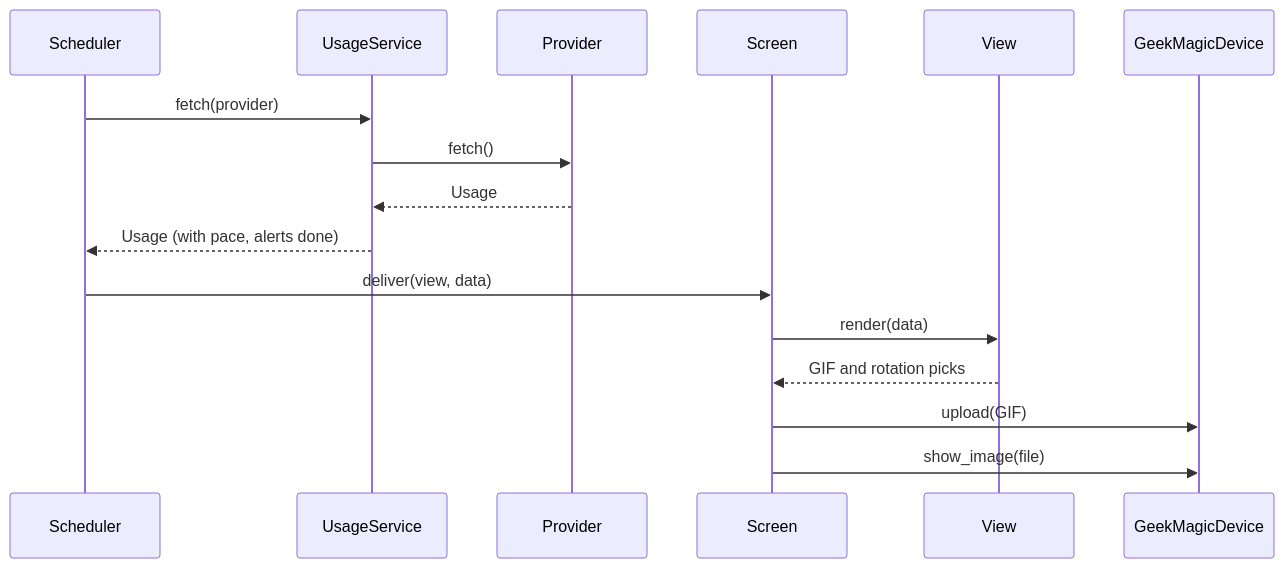
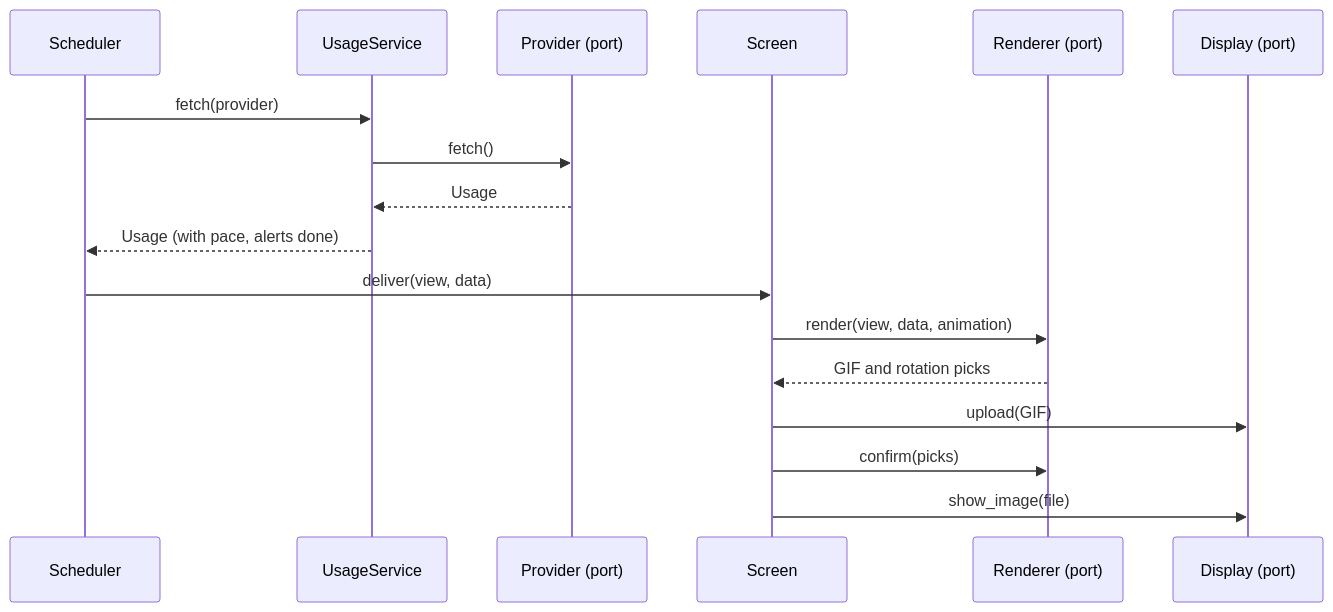
The third of 3 diagrams in ARCHITECTURE.md (Cristian-Infante/geekmagic-claude-usage), drawn with Mermaid before and after one commit. The commit also changed other lines of this file and 203 other files, not shown here.

First line of the commit message:
refactor: Hexagonal architecture (ports and adapters) with an enforced dependency rule

````diff
--- a/ARCHITECTURE.md
+++ b/ARCHITECTURE.md
@@ -111,18 +97,19 @@
 ```mermaid
 sequenceDiagram
     participant S as Scheduler
     participant U as UsageService
-    participant P as Provider
+    participant P as Provider (port)
     participant C as Screen
-    participant V as View
-    participant D as GeekMagicDevice
+    participant R as Renderer (port)
+    participant D as Display (port)
     S->>U: fetch(provider)
     U->>P: fetch()
     P-->>U: Usage
     U-->>S: Usage (with pace, alerts done)
     S->>C: deliver(view, data)
-    C->>V: render(data)
-    V-->>C: GIF and rotation picks
+    C->>R: render(view, data, animation)
+    R-->>C: GIF and rotation picks
     C->>D: upload(GIF)
+    C->>R: confirm(picks)
     C->>D: show_image(file)
 ```
````
